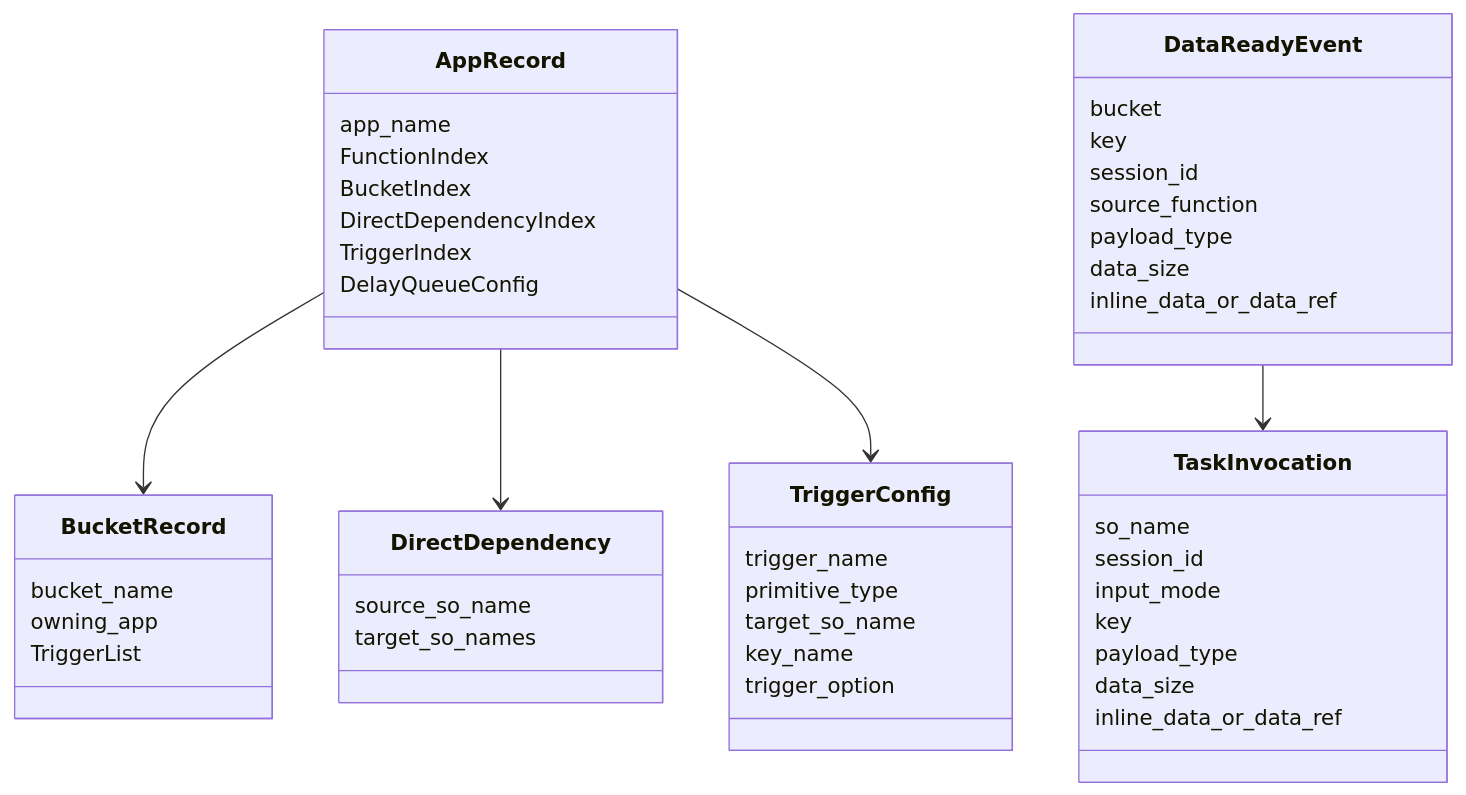
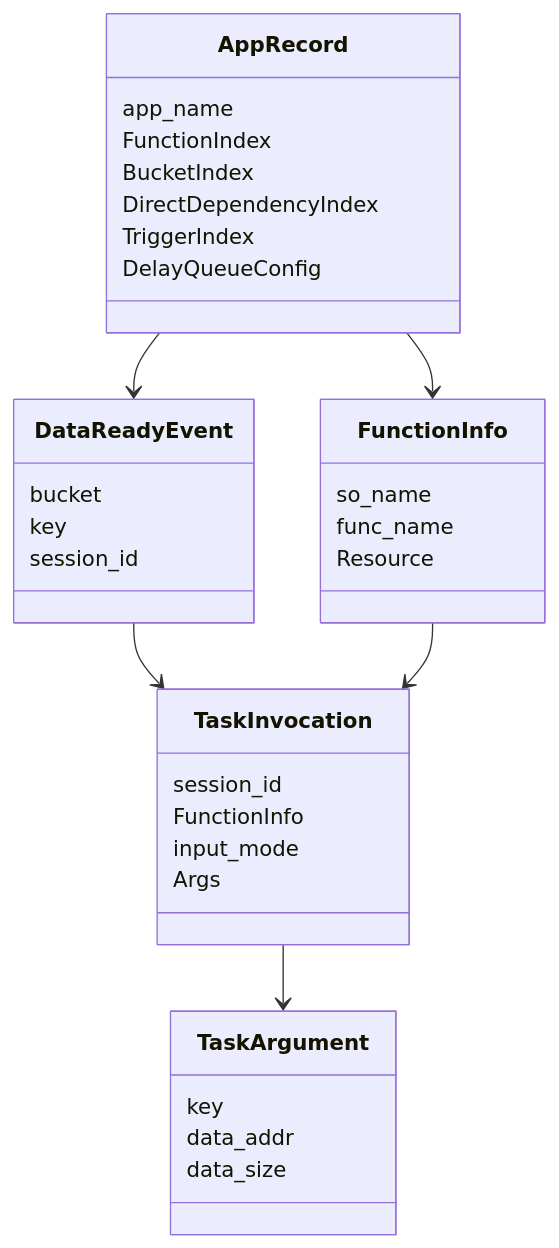
The diagram in docs/v0.6/appendix/D-数据结构与错误码.md (10wvw01/Pheromone-mini), drawn with Mermaid before and after one commit. The commit also changed other lines of this file and 12 other files, not shown here.

```diff
--- a/docs/v0.6/appendix/D-数据结构与错误码.md
+++ b/docs/v0.6/appendix/D-数据结构与错误码.md
@@ -5,49 +5,37 @@
 ~~~mermaid
 classDiagram
     class AppRecord {
       app_name
       FunctionIndex
       BucketIndex
       DirectDependencyIndex
       TriggerIndex
       DelayQueueConfig
     }
-    class BucketRecord {
-      bucket_name
-      owning_app
-      TriggerList
-    }
-    class DirectDependency {
-      source_so_name
-      target_so_names
-    }
-    class TriggerConfig {
-      trigger_name
-      primitive_type
-      target_so_name
-      key_name
-      trigger_option
+    class FunctionInfo {
+      so_name
+      func_name
+      Resource
     }
     class DataReadyEvent {
       bucket
       key
       session_id
-      source_function
-      payload_type
+    }
+    class TaskArgument {
+      key
+      data_addr
       data_size
-      inline_data_or_data_ref
     }
     class TaskInvocation {
-      so_name
       session_id
+      FunctionInfo
       input_mode
-      key
-      payload_type
-      data_size
-      inline_data_or_data_ref
+      Args
     }
-    AppRecord --> BucketRecord
-    AppRecord --> DirectDependency
-    AppRecord --> TriggerConfig
+    AppRecord --> FunctionInfo
+    AppRecord --> DataReadyEvent
     DataReadyEvent --> TaskInvocation
+    FunctionInfo --> TaskInvocation
+    TaskInvocation --> TaskArgument
 ~~~
```
